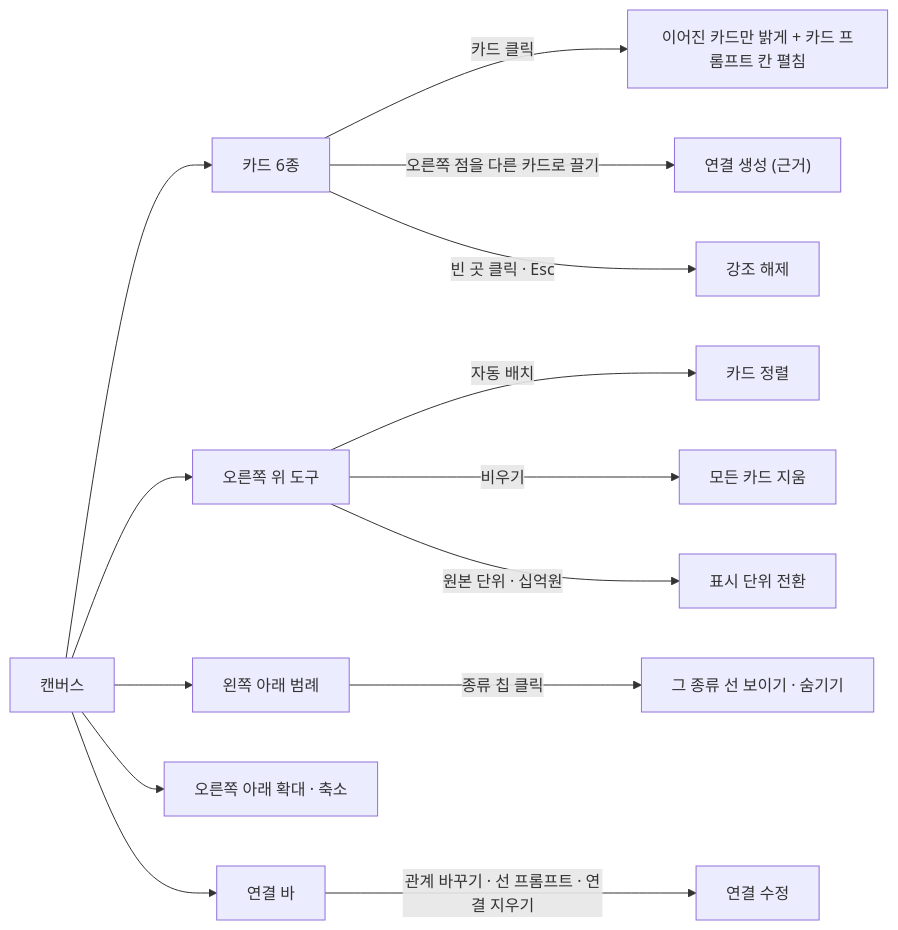
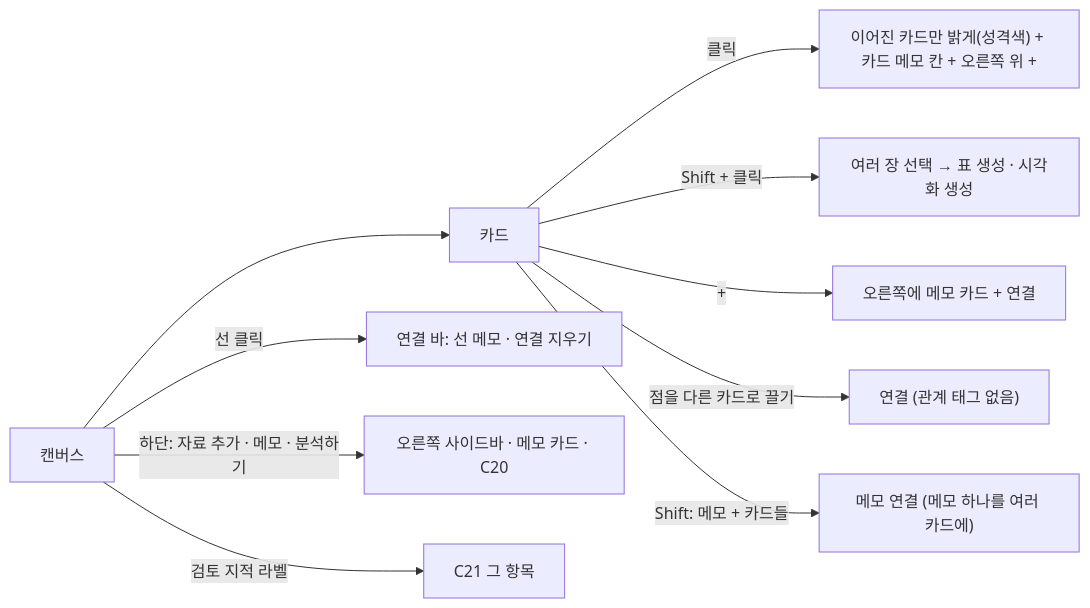
The third of 7 diagrams in docs/frontend/ia.md (vamos-team/telescope), drawn with Mermaid before and after one commit. The commit also changed other lines of this file and 8 other files, not shown here.

````diff
--- a/docs/frontend/ia.md
+++ b/docs/frontend/ia.md
@@ -231,16 +191,12 @@
 ```mermaid
 flowchart LR
-  CV["캔버스"] --> K["카드 6종"]
-  CV --> TL["오른쪽 위 도구"]
-  CV --> LG["왼쪽 아래 범례"]
-  CV --> Z["오른쪽 아래 확대 · 축소"]
-  CV --> LB["연결 바"]
-  K -->|카드 클릭| K1["이어진 카드만 밝게 + 카드 프롬프트 칸 펼침"]
-  K -->|오른쪽 점을 다른 카드로 끌기| K2["연결 생성 (근거)"]
-  K -->|빈 곳 클릭 · Esc| K3["강조 해제"]
-  TL -->|자동 배치| T2["카드 정렬"]
-  TL -->|비우기| T4["모든 카드 지움"]
-  TL -->|"원본 단위 · 십억원"| T3["표시 단위 전환"]
-  LG -->|종류 칩 클릭| L1["그 종류 선 보이기 · 숨기기"]
-  LB -->|"관계 바꾸기 · 선 프롬프트 · 연결 지우기"| B1["연결 수정"]
+  CV["캔버스"] --> K["카드"]
+  K -->|클릭| K1["이어진 카드만 밝게(성격색) + 카드 메모 칸 + 오른쪽 위 +"]
+  K -->|Shift + 클릭| K2["여러 장 선택 → 표 생성 · 시각화 생성"]
+  K -->|"+"| K3["오른쪽에 메모 카드 + 연결"]
+  K -->|점을 다른 카드로 끌기| K4["연결 (관계 태그 없음)"]
+  K -->|"Shift: 메모 + 카드들"| K5["메모 연결 (메모 하나를 여러 카드에)"]
+  CV -->|"선 클릭"| LB["연결 바: 선 메모 · 연결 지우기"]
+  CV -->|"하단: 자료 추가 · 메모 · 분석하기"| D["오른쪽 사이드바 · 메모 카드 · C20"]
+  CV -->|"검토 지적 라벨"| A["C21 그 항목"]
 ```
````
